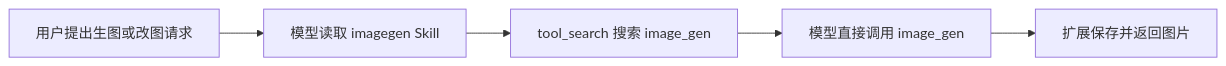
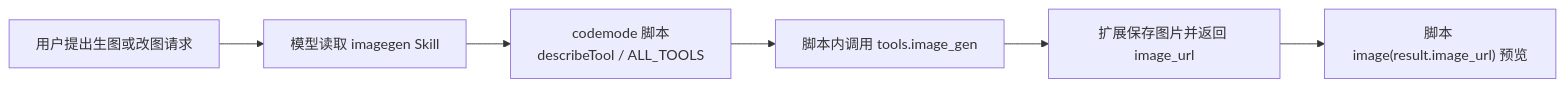
Before and after one commit to RunMintOn/pi-image-gen: the diagram in SPEC.md, drawn with Mermaid. The commit also changed other lines of this file and 4 other files, not shown here.

Commit message:
Expose image_gen to codemode with a structured image result

````diff
--- a/SPEC.md
+++ b/SPEC.md
@@ -7,7 +7,8 @@
 ```mermaid
 flowchart LR
     A["用户提出生图或改图请求"] --> B["模型读取 imagegen Skill"]
-    B --> C["tool_search 搜索 image_gen"]
-    C --> D["模型直接调用 image_gen"]
-    D --> E["扩展保存并返回图片"]
+    B --> C["codemode 脚本\ndescribeTool / ALL_TOOLS"]
+    C --> D["脚本内调用 tools.image_gen"]
+    D --> E["扩展保存图片并返回 image_url"]
+    E --> F["脚本 image(result.image_url) 预览"]
 ```
````
